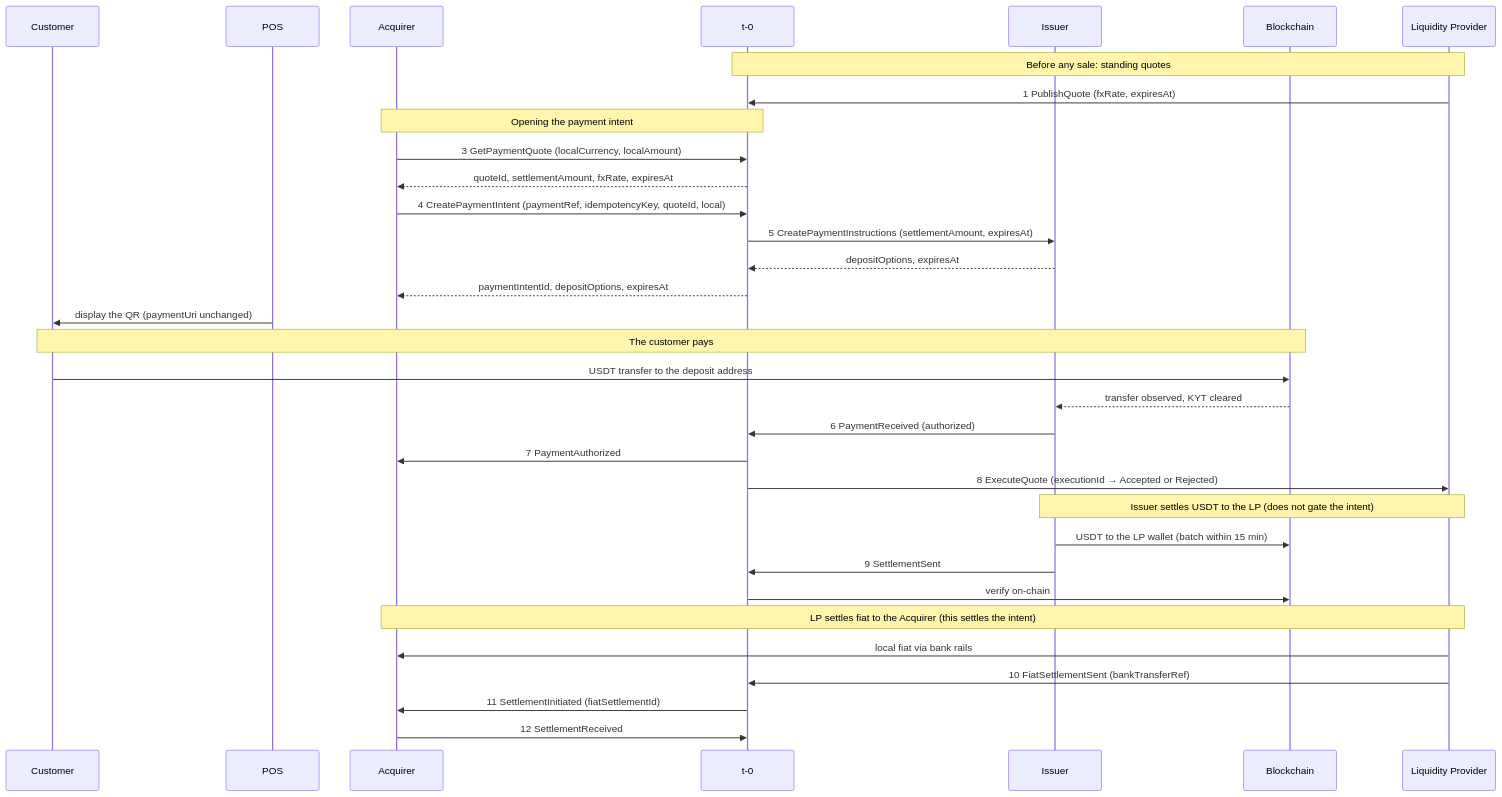
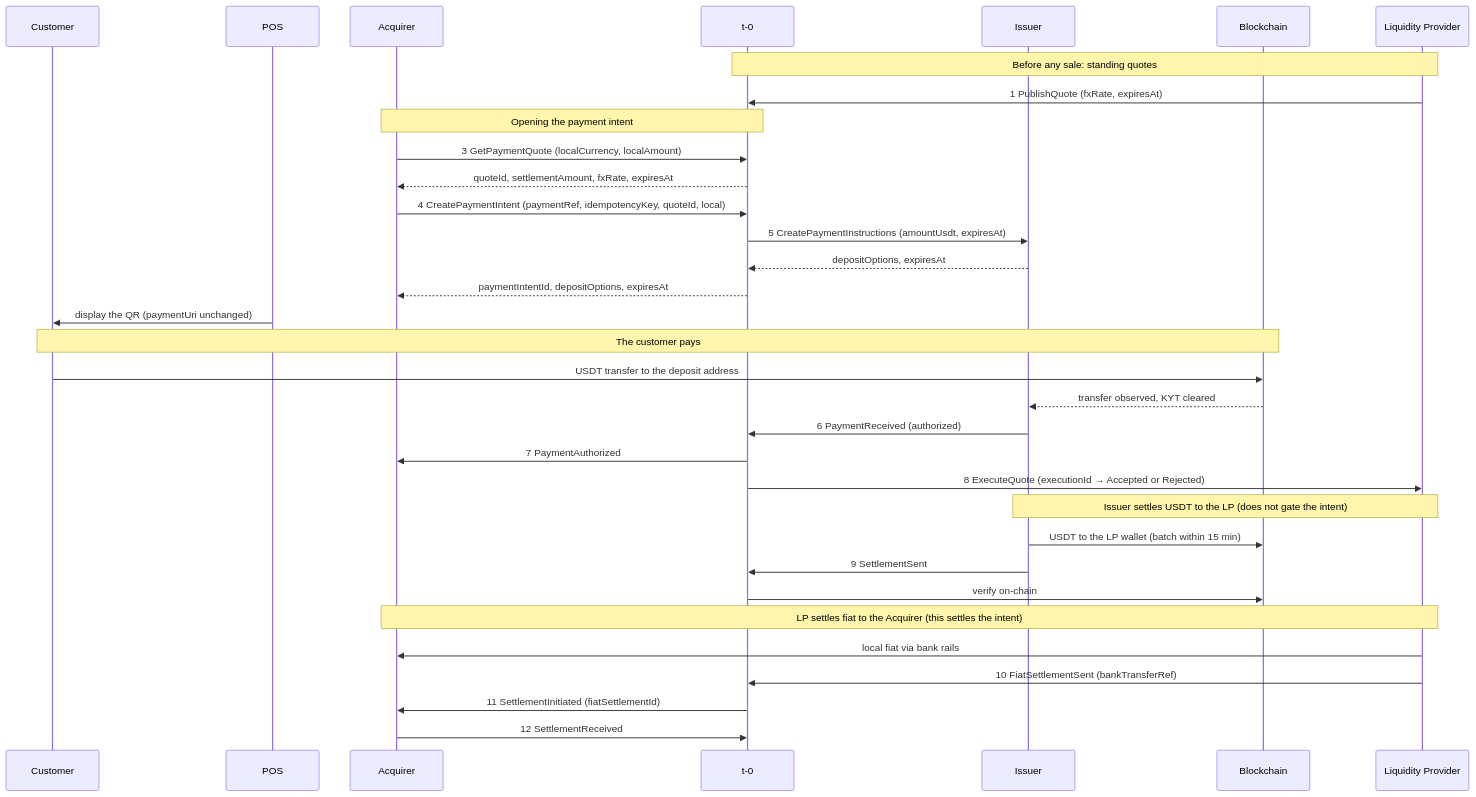
Before and after one commit to t-0-network/usdt-pay-docs: the diagram in content/docs/payments/fiat-settlement.md, drawn with Mermaid. The commit also changed other lines of this file, not shown here.

Commit message:
fix: use amountUsdt for Issuer-facing field on §5
The proto field on CreatePaymentInstructionsRequest is amount_usdt,
not settlement_amount. The field naming rule says issuer messages
use amountUsdt.

Claude-Session: https://claude.ai/code/session_016AZVFJQeZBs4dqeVHFJ32V

````diff
--- a/content/docs/payments/fiat-settlement.md
+++ b/content/docs/payments/fiat-settlement.md
@@ -52,40 +52,40 @@
 ```mermaid
 sequenceDiagram
     participant C as Customer
     participant POS as POS
     participant ACQ as Acquirer
     participant T0 as t-0
     participant ISS as Issuer
     participant BC as Blockchain
     participant LP as Liquidity Provider
 
     Note over LP,T0: Before any sale: standing quotes
     LP->>T0: 1 PublishQuote (fxRate, expiresAt)
 
     Note over ACQ,T0: Opening the payment intent
     ACQ->>T0: 3 GetPaymentQuote (localCurrency, localAmount)
     T0-->>ACQ: quoteId, settlementAmount, fxRate, expiresAt
     ACQ->>T0: 4 CreatePaymentIntent (paymentRef, idempotencyKey, quoteId, local)
-    T0->>ISS: 5 CreatePaymentInstructions (settlementAmount, expiresAt)
+    T0->>ISS: 5 CreatePaymentInstructions (amountUsdt, expiresAt)
     ISS-->>T0: depositOptions, expiresAt
     T0-->>ACQ: paymentIntentId, depositOptions, expiresAt
     POS->>C: display the QR (paymentUri unchanged)
 
     Note over C,BC: The customer pays
     C->>BC: USDT transfer to the deposit address
     BC-->>ISS: transfer observed, KYT cleared
     ISS->>T0: 6 PaymentReceived (authorized)
     T0->>ACQ: 7 PaymentAuthorized
     T0->>LP: 8 ExecuteQuote (executionId → Accepted or Rejected)
 
     Note over ISS,LP: Issuer settles USDT to the LP (does not gate the intent)
     ISS->>BC: USDT to the LP wallet (batch within 15 min)
     ISS->>T0: 9 SettlementSent
     T0->>BC: verify on-chain
 
     Note over ACQ,LP: LP settles fiat to the Acquirer (this settles the intent)
     LP->>ACQ: local fiat via bank rails
     LP->>T0: 10 FiatSettlementSent (bankTransferRef)
     T0->>ACQ: 11 SettlementInitiated (fiatSettlementId)
     ACQ->>T0: 12 SettlementReceived
 ```
````
